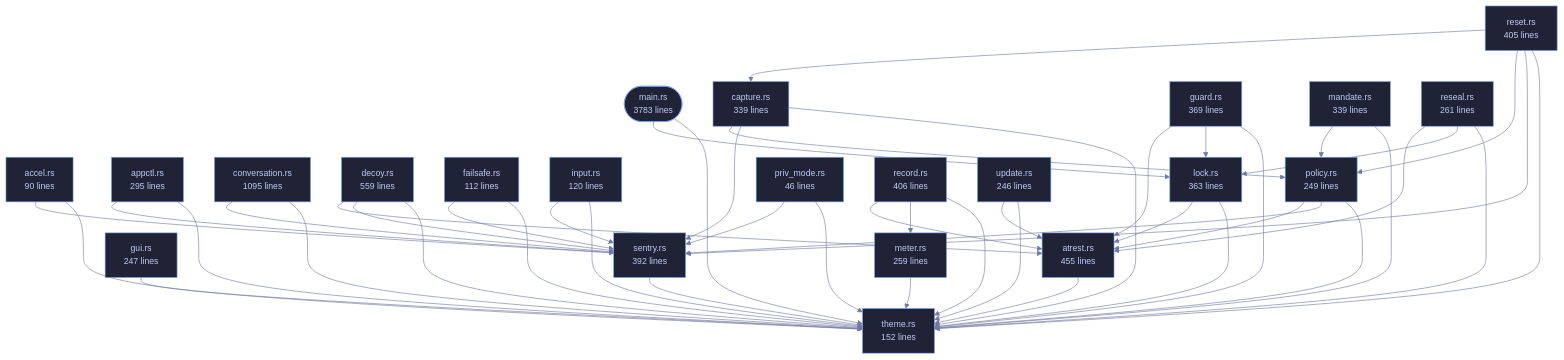
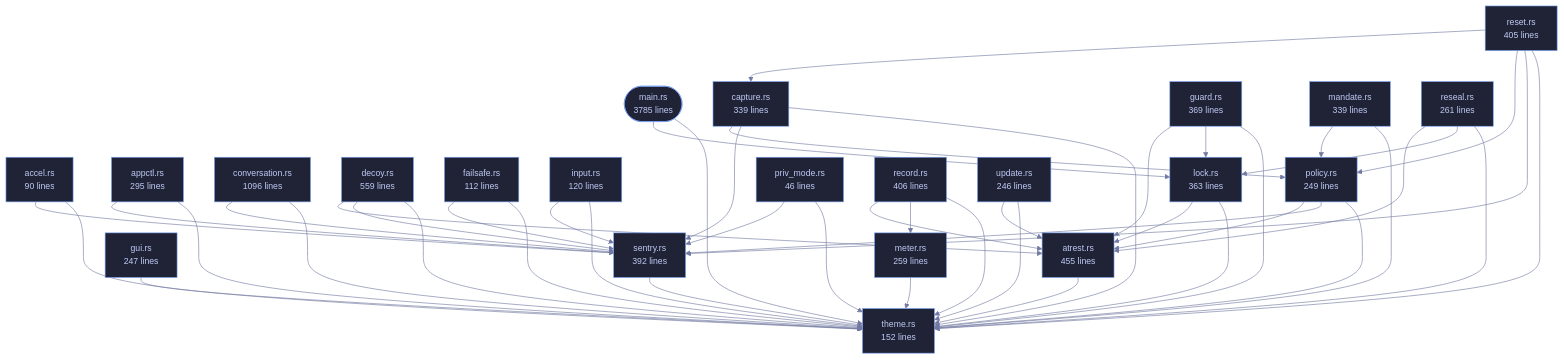
The diagram in wiki/Crate-veilvoice-cli.md (tilas01/veilvoice), drawn with Mermaid before and after one commit. The commit also changed other lines of this file and 82 other files, not shown here.

````diff
--- a/wiki/Crate-veilvoice-cli.md
+++ b/wiki/Crate-veilvoice-cli.md
@@ -97,12 +97,12 @@
 ```mermaid
 %%{init: {"theme":"base","themeVariables":{"background":"#1a1b26","primaryColor":"#1f2335","primaryTextColor":"#c0caf5","primaryBorderColor":"#7aa2f7","secondaryColor":"#16161e","tertiaryColor":"#16161e","lineColor":"#737aa2","textColor":"#c0caf5","mainBkg":"#1f2335","nodeBorder":"#7aa2f7","clusterBkg":"#16161e","clusterBorder":"#2f3549","fontFamily":"ui-monospace, SFMono-Regular, Consolas, monospace","fontSize":"14px"}}}%%
 flowchart TD
-    n_main(["main.rs<br/>3783 lines"])
+    n_main(["main.rs<br/>3785 lines"])
     n_accel["accel.rs<br/>90 lines"]
     n_appctl["appctl.rs<br/>295 lines"]
     n_atrest["atrest.rs<br/>455 lines"]
     n_capture["capture.rs<br/>339 lines"]
-    n_conversation["conversation.rs<br/>1095 lines"]
+    n_conversation["conversation.rs<br/>1096 lines"]
     n_decoy["decoy.rs<br/>559 lines"]
     n_failsafe["failsafe.rs<br/>112 lines"]
     n_guard["guard.rs<br/>369 lines"]
````
